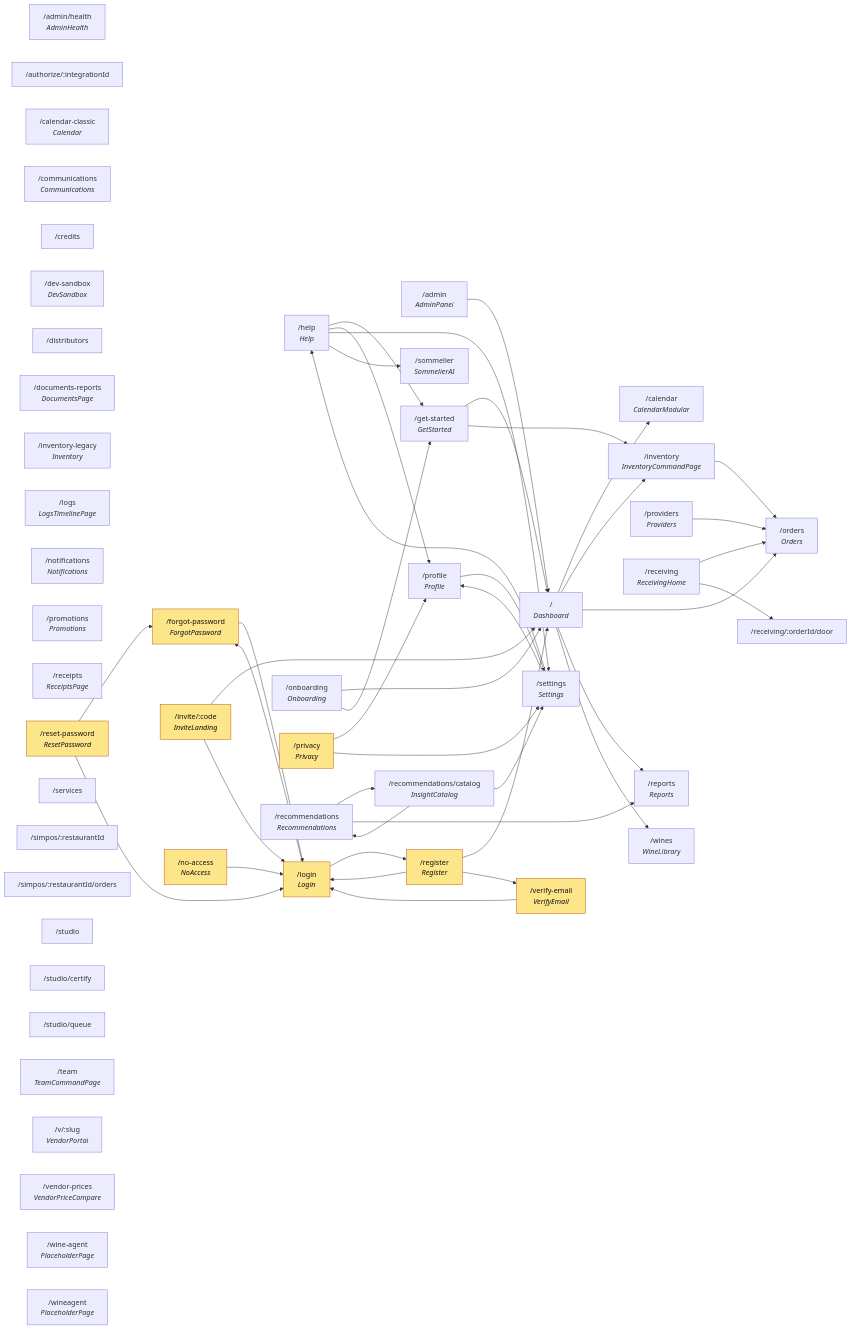
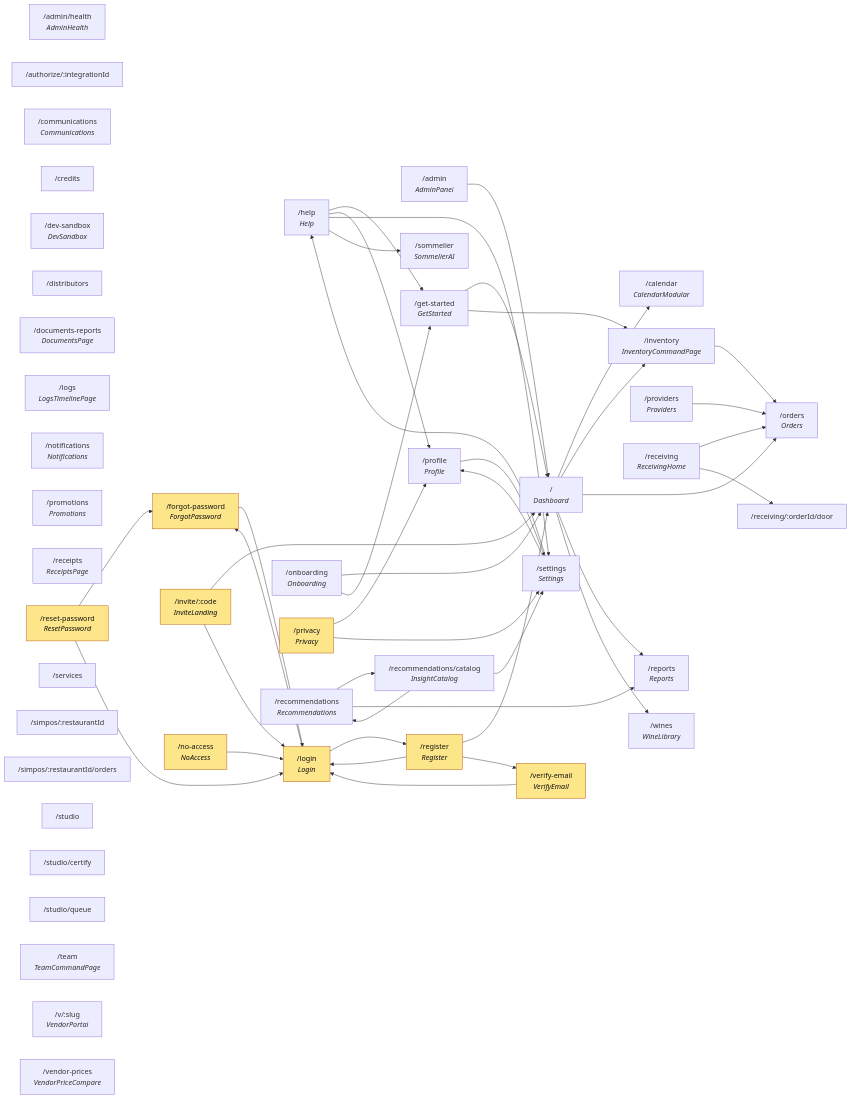
One commit to aldemirkonuk/RestaurantAIAutomation changed the diagram in .planning/foundation/PAGE_MAP.md. Above: the diagram before and after it, drawn with Mermaid. The commit also changed other lines of this file and 70 other files, not shown here.

```diff
--- a/.planning/foundation/PAGE_MAP.md
+++ b/.planning/foundation/PAGE_MAP.md
@@ -19,7 +19,6 @@
   n_admin_health["/admin/health<br/><i>AdminHealth</i>"]
   n_authorize__integrationId["/authorize/:integrationId"]
   n_calendar["/calendar<br/><i>CalendarModular</i>"]
-  n_calendar_classic["/calendar-classic<br/><i>Calendar</i>"]
   n_communications["/communications<br/><i>Communications</i>"]
   n_credits["/credits"]
   n_dev_sandbox["/dev-sandbox<br/><i>DevSandbox</i>"]
@@ -29,7 +28,6 @@
   n_get_started["/get-started<br/><i>GetStarted</i>"]
   n_help["/help<br/><i>Help</i>"]
   n_inventory["/inventory<br/><i>InventoryCommandPage</i>"]
-  n_inventory_legacy["/inventory-legacy<br/><i>Inventory</i>"]
   n_invite__code["/invite/:code<br/><i>InviteLanding</i>"]
   n_login["/login<br/><i>Login</i>"]
   n_logs["/logs<br/><i>LogsTimelinePage</i>"]
@@ -61,8 +59,6 @@
   n_v__slug["/v/:slug<br/><i>VendorPortal</i>"]
   n_vendor_prices["/vendor-prices<br/><i>VendorPriceCompare</i>"]
   n_verify_email["/verify-email<br/><i>VerifyEmail</i>"]
-  n_wine_agent["/wine-agent<br/><i>PlaceholderPage</i>"]
-  n_wineagent["/wineagent<br/><i>PlaceholderPage</i>"]
   n_wines["/wines<br/><i>WineLibrary</i>"]
   n_root --> n_calendar
   n_root --> n_inventory
```
